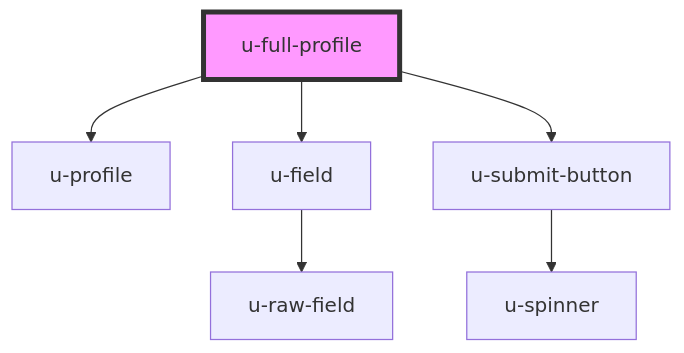
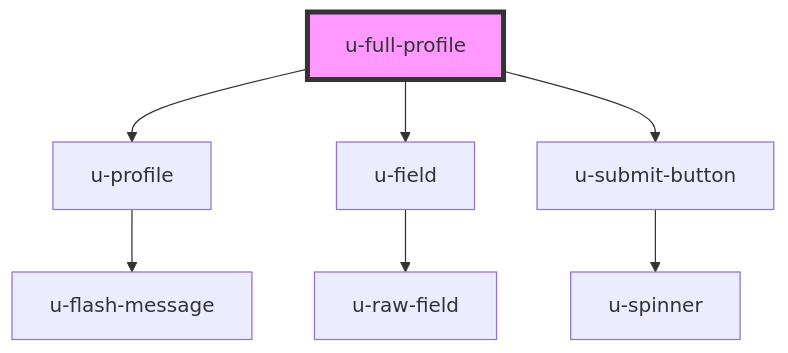
The diagram in packages/sdk/src/profile/components/full-profile/readme.md (UnidyID/unidy-sdk), drawn with Mermaid before and after one commit. The commit also changed 4 other files, not shown here.

````diff
--- a/packages/sdk/src/profile/components/full-profile/readme.md
+++ b/packages/sdk/src/profile/components/full-profile/readme.md
@@ -25,9 +25,10 @@
 ```mermaid
 graph TD;
   u-full-profile --> u-profile
   u-full-profile --> u-field
   u-full-profile --> u-submit-button
+  u-profile --> u-flash-message
   u-field --> u-raw-field
   u-submit-button --> u-spinner
   style u-full-profile fill:#f9f,stroke:#333,stroke-width:4px
 ```
````
